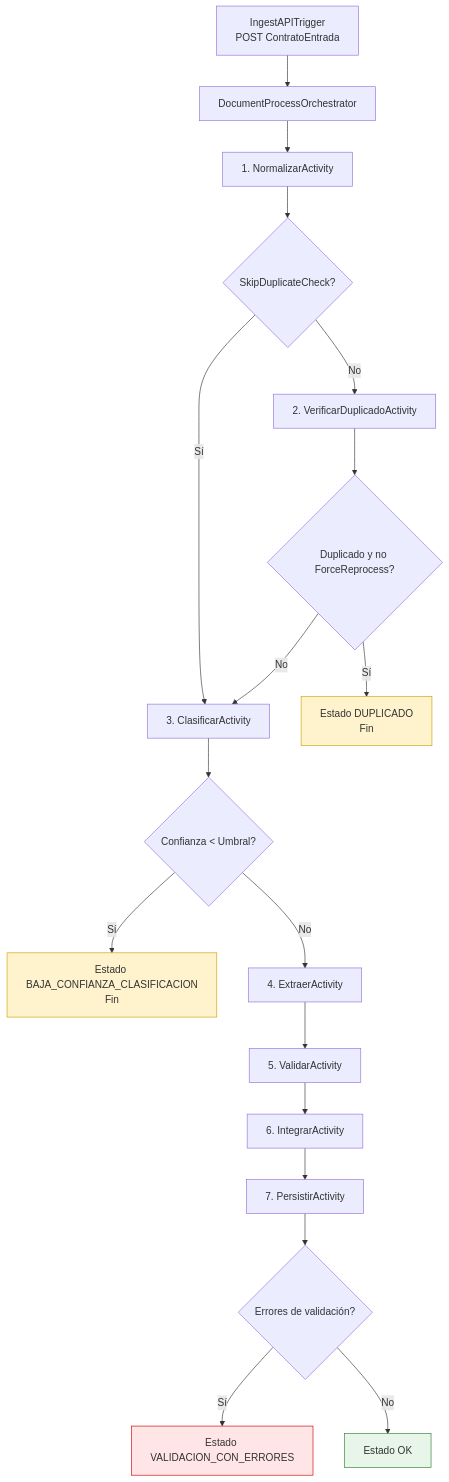
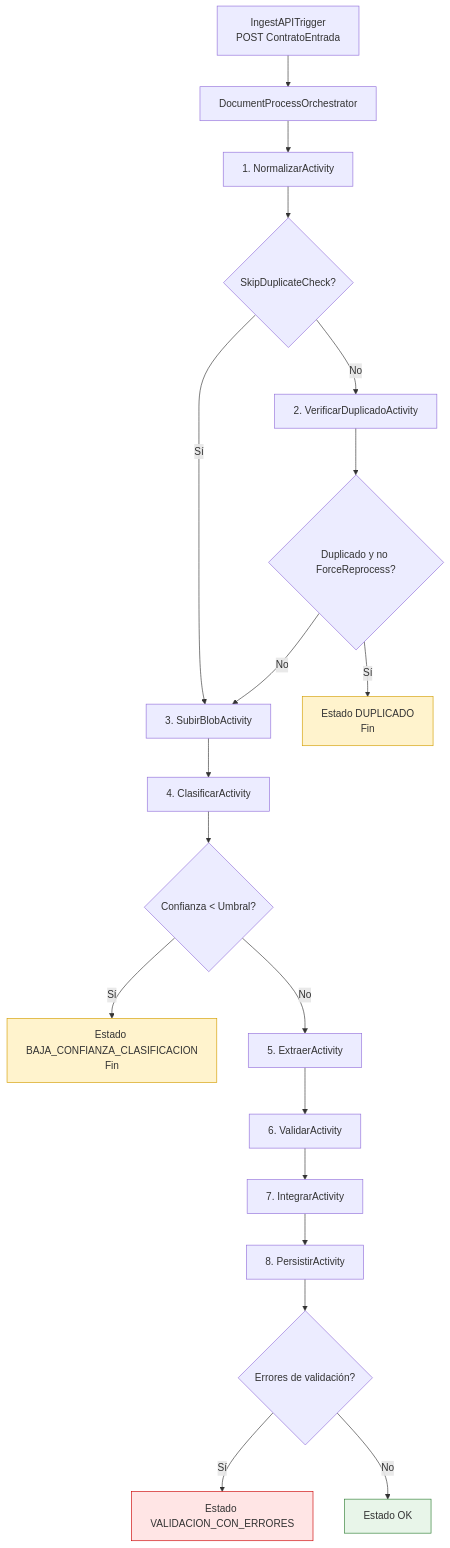
One commit to nvcrisologo02/AI-DocClassExt changed the first of 2 diagrams in docs/manuales/MANUAL_ACTIVITIES_AZURE_FUNCTIONS.md. Above: the diagram before and after it, drawn with Mermaid. The commit also changed other lines of this file and 7 other files, not shown here.

````diff
--- a/docs/manuales/MANUAL_ACTIVITIES_AZURE_FUNCTIONS.md
+++ b/docs/manuales/MANUAL_ACTIVITIES_AZURE_FUNCTIONS.md
@@ -38,25 +39,26 @@
 ```mermaid
 flowchart TD
   A[IngestAPITrigger\nPOST ContratoEntrada] --> B[DocumentProcessOrchestrator]
   B --> C[1. NormalizarActivity]
   C --> D{SkipDuplicateCheck?}
   D -- No --> E[2. VerificarDuplicadoActivity]
-  D -- Sí --> F[3. ClasificarActivity]
+  D -- Sí --> F[3. SubirBlobActivity]
   E --> G{Duplicado y no ForceReprocess?}
   G -- Sí --> H[Estado DUPLICADO\nFin]
   G -- No --> F
-  F --> I{Confianza < Umbral?}
-  I -- Sí --> J[Estado BAJA_CONFIANZA_CLASIFICACION\nFin]
-  I -- No --> K[4. ExtraerActivity]
-  K --> L[5. ValidarActivity]
-  L --> M[6. IntegrarActivity]
-  M --> N[7. PersistirActivity]
-  N --> O{Errores de validación?}
-  O -- Sí --> P[Estado VALIDACION_CON_ERRORES]
-  O -- No --> Q[Estado OK]
+  F --> I[4. ClasificarActivity]
+  I --> J{Confianza < Umbral?}
+  J -- Sí --> K[Estado BAJA_CONFIANZA_CLASIFICACION\nFin]
+  J -- No --> L[5. ExtraerActivity]
+  L --> M[6. ValidarActivity]
+  M --> N[7. IntegrarActivity]
+  N --> O[8. PersistirActivity]
+  O --> P{Errores de validación?}
+  P -- Sí --> Q[Estado VALIDACION_CON_ERRORES]
+  P -- No --> R[Estado OK]
 
   style H fill:#fff3cd,stroke:#d39e00
-  style J fill:#fff3cd,stroke:#d39e00
-  style P fill:#ffe5e5,stroke:#cc0000
-  style Q fill:#e8f5e9,stroke:#2e7d32
+  style K fill:#fff3cd,stroke:#d39e00
+  style Q fill:#ffe5e5,stroke:#cc0000
+  style R fill:#e8f5e9,stroke:#2e7d32
 ```
````
